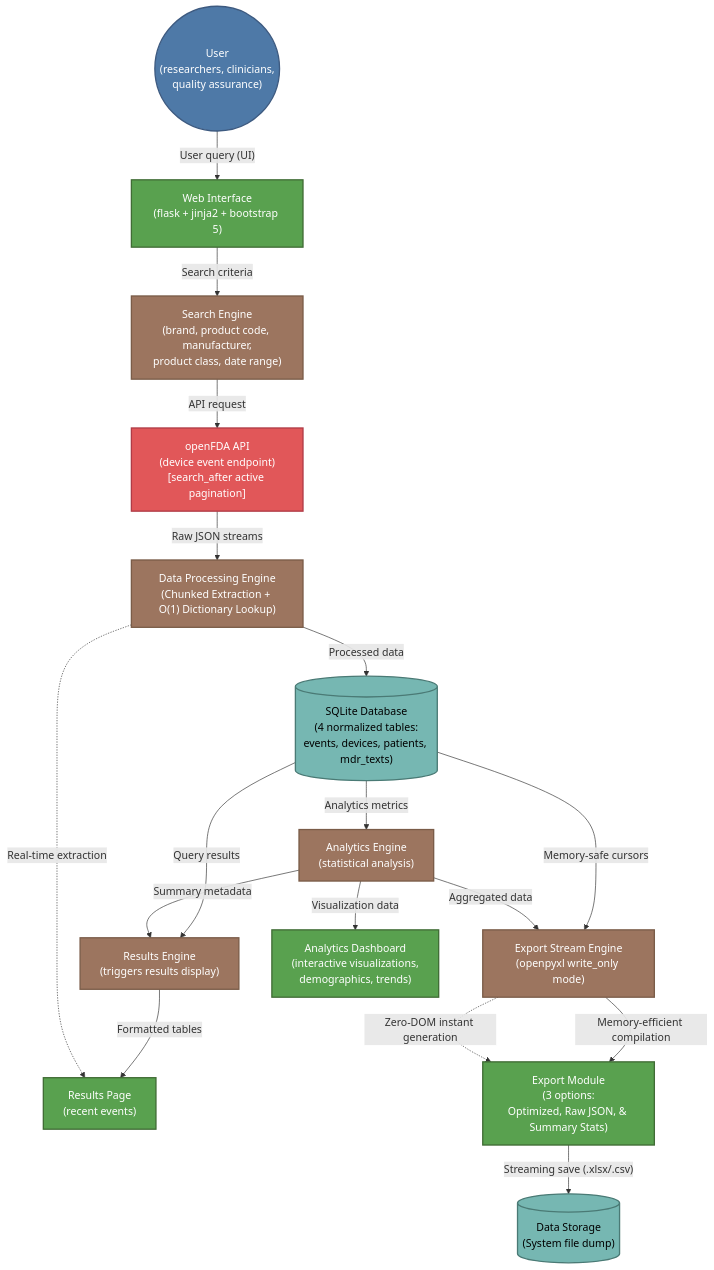
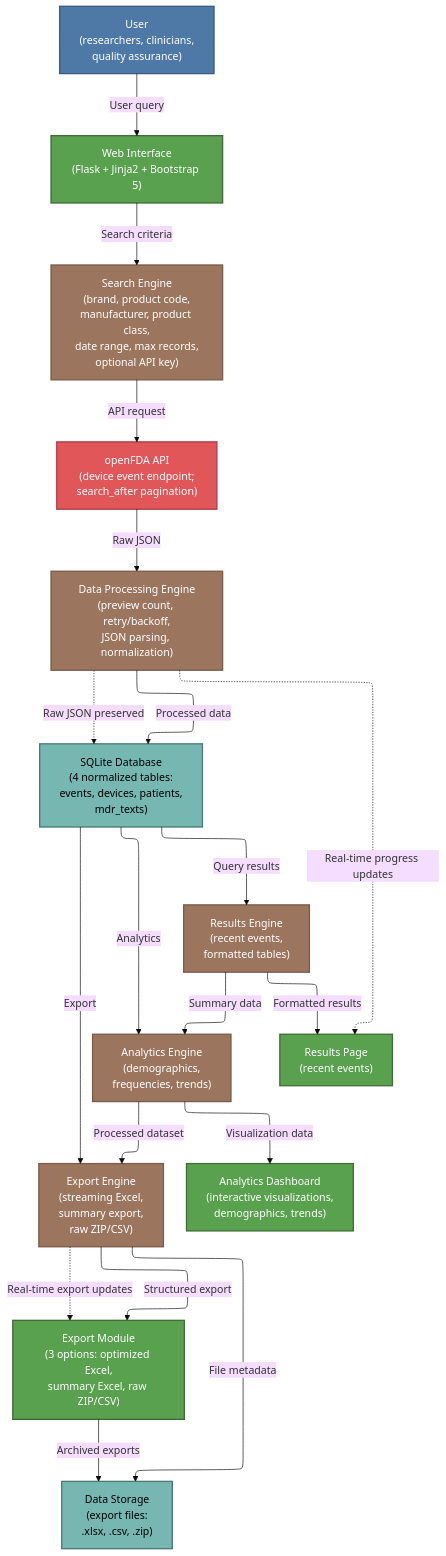
Before and after one commit to MohamedMaroufMD/MAUDEMetrics: the diagram in MAUDEMetrics_Workflow.mmd, drawn with Mermaid. The commit also changed 1 other file, not shown here.

Commit message:
Update workflow diagram
Restructure MAUDEMetrics workflow diagram

```diff
--- a/MAUDEMetrics_Workflow.mmd
+++ b/MAUDEMetrics_Workflow.mmd
@@ -1,43 +1,51 @@
+---
+config:
+  look: classic
+  theme: base
+  layout: elk
+---
 flowchart TD
     classDef user fill:#4e79a7,stroke:#3d5a80,stroke-width:2px,color:white
     classDef interface fill:#59a14f,stroke:#406c35,stroke-width:2px,color:white
     classDef engine fill:#9c755f,stroke:#7a5c48,stroke-width:2px,color:white
     classDef external fill:#e15759,stroke:#b03b46,stroke-width:2px,color:white
     classDef storage fill:#76b7b2,stroke:#4a7a75,stroke-width:2px,color:black
 
-    User(("User\n(researchers, clinicians,\nquality assurance)")):::user
-    WebInterface["Web Interface\n(flask + jinja2 + bootstrap 5)"]:::interface
-    SearchEngine["Search Engine\n(brand, product code, manufacturer,\nproduct class, date range)"]:::engine
-    openFDA["openFDA API\n(device event endpoint)\n[search_after active pagination]"]:::external
-    DataProcessing["Data Processing Engine\n(Chunked Extraction + O(1) Dictionary Lookup)"]:::engine
-    SQLite[("SQLite Database\n(4 normalized tables:\nevents, devices, patients, mdr_texts)")]:::storage
+    User["User<br/>(researchers, clinicians,<br/>quality assurance)"]:::user
+    WebInterface["Web Interface<br/>(Flask + Jinja2 + Bootstrap 5)"]:::interface
+    SearchEngine["Search Engine<br/>(brand, product code,<br/>manufacturer, product class,<br/>date range, max records,<br/>optional API key)"]:::engine
+    openFDA["openFDA API<br/>(device event endpoint;<br/>search_after pagination)"]:::external
+    DataProcessing["Data Processing Engine<br/>(preview count, retry/backoff,<br/>JSON parsing, normalization)"]:::engine
+    SQLite["SQLite Database<br/>(4 normalized tables:<br/>events, devices, patients,<br/>mdr_texts)"]:::storage
 
-    ResultsEngine["Results Engine\n(triggers results display)"]:::engine
-    AnalyticsEngine["Analytics Engine\n(statistical analysis)"]:::engine
-    ExportEngine["Export Stream Engine\n(openpyxl write_only mode)"]:::engine
+    ResultsEngine["Results Engine<br/>(recent events,<br/>formatted tables)"]:::engine
+    AnalyticsEngine["Analytics Engine<br/>(demographics,<br/>frequencies, trends)"]:::engine
+    ExportEngine["Export Engine<br/>(streaming Excel,<br/>summary export,<br/>raw ZIP/CSV)"]:::engine
 
-    ResultsPage["Results Page\n(recent events)"]:::interface
-    AnalyticsDashboard["Analytics Dashboard\n(interactive visualizations,\ndemographics, trends)"]:::interface
-    ExportModule["Export Module\n(3 options:\nOptimized, Raw JSON, & Summary Stats)"]:::interface
-    DataStorage[("Data Storage\n(System file dump)")]:::storage
+    ResultsPage["Results Page<br/>(recent events)"]:::interface
+    AnalyticsDashboard["Analytics Dashboard<br/>(interactive visualizations,<br/>demographics, trends)"]:::interface
+    ExportModule["Export Module<br/>(3 options: optimized Excel,<br/>summary Excel, raw ZIP/CSV)"]:::interface
+    DataStorage["Data Storage<br/>(export files:<br/>.xlsx, .csv, .zip)"]:::storage
 
-    User -- "User query (UI)" --> WebInterface
-    WebInterface -- "Search criteria" --> SearchEngine
-    SearchEngine -- "API request" --> openFDA
-    openFDA -- "Raw JSON streams" --> DataProcessing
-    DataProcessing -- "Processed data" --> SQLite
+    User -->|"User query"| WebInterface
+    WebInterface -->|"Search criteria"| SearchEngine
+    SearchEngine -->|"API request"| openFDA
+    openFDA -->|"Raw JSON"| DataProcessing
+    DataProcessing -->|"Processed data"| SQLite
 
-    SQLite -- "Query results" --> ResultsEngine
-    SQLite -- "Analytics metrics" --> AnalyticsEngine
-    SQLite -- "Memory-safe cursors" --> ExportEngine
+    SQLite -->|"Query results"| ResultsEngine
+    SQLite -->|"Analytics"| AnalyticsEngine
+    SQLite -->|"Export"| ExportEngine
 
-    ResultsEngine -- "Formatted tables" --> ResultsPage
-    AnalyticsEngine -- "Summary metadata" --> ResultsEngine
-    AnalyticsEngine -- "Visualization data" --> AnalyticsDashboard
-    AnalyticsEngine -- "Aggregated data" --> ExportEngine
-    
-    ExportEngine -- "Memory-efficient compilation" --> ExportModule
-    ExportModule -- "Streaming save (.xlsx/.csv)" --> DataStorage
-    
-    DataProcessing -. "Real-time extraction" .-> ResultsPage
-    ExportEngine -. "Zero-DOM instant generation" .-> ExportModule
+    ResultsEngine -->|"Formatted results"| ResultsPage
+    ResultsEngine -->|"Summary data"| AnalyticsEngine
+    AnalyticsEngine -->|"Visualization data"| AnalyticsDashboard
+    AnalyticsEngine -->|"Processed dataset"| ExportEngine
+
+    ExportEngine -->|"Structured export"| ExportModule
+    ExportEngine -->|"File metadata"| DataStorage
+    ExportModule -->|"Archived exports"| DataStorage
+
+    DataProcessing -.->|"Real-time progress updates"| ResultsPage
+    DataProcessing -.->|"Raw JSON preserved"| SQLite
+    ExportEngine -.->|"Real-time export updates"| ExportModule
```
